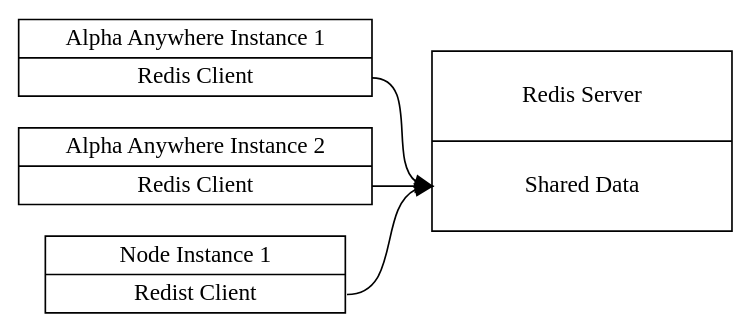
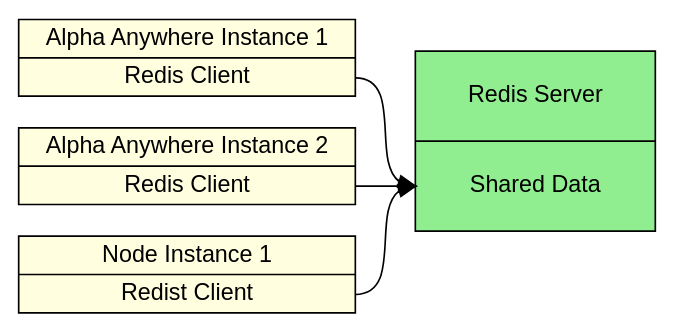
One commit to BuildMan-Alpha/AlphaHelp changed the diagram in helpfiles/Guides/Services/Redis/images/redis_memory.dot. Above: the diagram before and after it, drawn with Graphviz. The commit also changed 5 other files, not shown here.

```diff
--- a/helpfiles/Guides/Services/Redis/images/redis_memory.dot
+++ b/helpfiles/Guides/Services/Redis/images/redis_memory.dot
@@ -1,11 +1,11 @@
 digraph G {
    rankdir=LR    
-   node [shape=record];
-   im1 [label="Alpha Anywhere Instance 1|<m>Redis Client",shape=record,width=2.5];
-   im2 [label="Alpha Anywhere Instance 2|<m>Redis Client",shape=record,width=2.5];
-   im3 [label="Node Instance 1|<m>Redist Client",shape=record,width=2.5];
-   q1 [label="Redis Server|<m>Shared Data",shape=record,width=2.5,height=1.5];
+   node [shape=record,fontname=Arial,fillcolor=lightyellow,style=filled,width=2.8];
+   im1 [label="Alpha Anywhere Instance 1|<m>Redis Client",shape=record];
+   im2 [label="Alpha Anywhere Instance 2|<m>Redis Client",shape=record];
+   im3 [label="Node Instance 1|<m>Redist Client",shape=record];
+   q1 [label="Redis Server|<m>Shared Data",shape=record,width=2,height=1.5,fillcolor=lightgreen];
    im1:m -> q1:m;
    im2:m -> q1:m;
    im3:m -> q1:m;
 }
```
